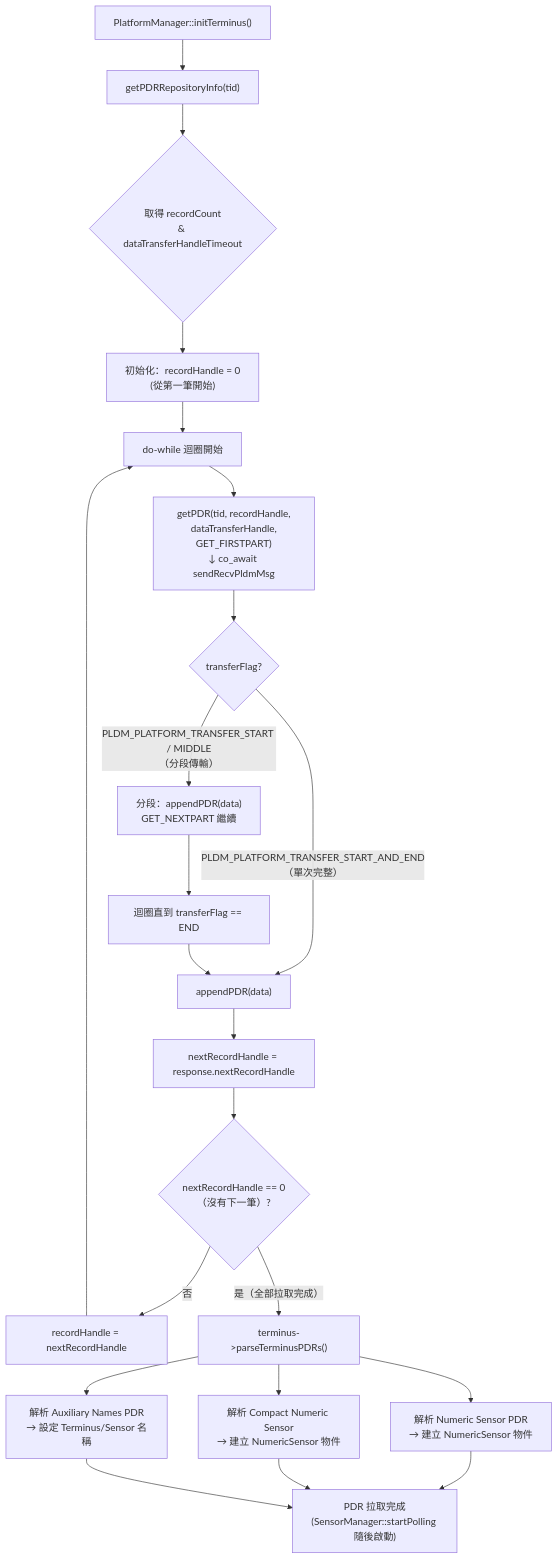
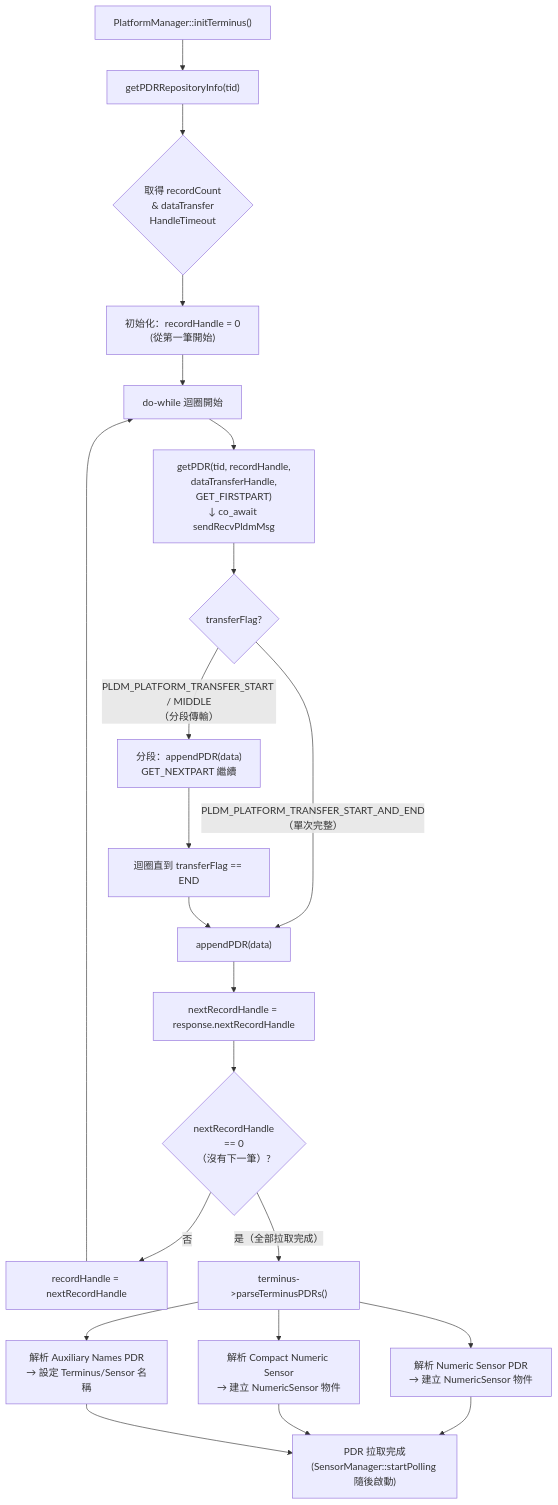
Before and after one commit to chilung-cgu/bmc-firmware-knowledge-base: the second of 2 diagrams in pldm/PDRImplementation.md, drawn with Mermaid. The commit also changed 18 other files, not shown here.

First line of the commit message:
docs(pldm): 批量優化 Mermaid 流程圖排版解決文字截斷問題

````diff
--- a/pldm/PDRImplementation.md
+++ b/pldm/PDRImplementation.md
@@ -125,26 +125,26 @@
 ```mermaid
 flowchart TD
     A["PlatformManager::initTerminus()"] --> B["getPDRRepositoryInfo(tid)"]
-    B --> C{"取得 recordCount\n& dataTransferHandleTimeout"}
-    C --> D["初始化：recordHandle = 0\n(從第一筆開始)"]
+    B --> C{"取得 recordCount<br>& dataTransfer<br>HandleTimeout"}
+    C --> D["初始化：recordHandle = 0<br>(從第一筆開始)"]
     D --> E["do-while 迴圈開始"]
 
-    E --> F["getPDR(tid, recordHandle,\n dataTransferHandle, GET_FIRSTPART)\n↓ co_await sendRecvPldmMsg"]
+    E --> F["getPDR(tid, recordHandle,<br> dataTransferHandle, GET_FIRSTPART)<br>↓ co_await sendRecvPldmMsg"]
     F --> G{"transferFlag?"}
 
-    G -->|"PLDM_PLATFORM_TRANSFER_START_AND_END\n（單次完整）"| H["appendPDR(data)"]
-    G -->|"PLDM_PLATFORM_TRANSFER_START / MIDDLE\n（分段傳輸）"| I["分段：appendPDR(data)\nGET_NEXTPART 繼續"]
+    G -->|"PLDM_PLATFORM_TRANSFER_START_AND_END<br>（單次完整）"| H["appendPDR(data)"]
+    G -->|"PLDM_PLATFORM_TRANSFER_START / MIDDLE<br>（分段傳輸）"| I["分段：appendPDR(data)<br>GET_NEXTPART 繼續"]
     I --> J["迴圈直到 transferFlag == END"]
     J --> H
 
     H --> K["nextRecordHandle = response.nextRecordHandle"]
-    K --> L{"nextRecordHandle == 0\n（沒有下一筆）?"}
+    K --> L{"nextRecordHandle<br>== 0<br>（沒有下一筆）?"}
     L -->|"否"| M["recordHandle = nextRecordHandle"]
     M --> E
     L -->|"是（全部拉取完成）"| N["terminus->parseTerminusPDRs()"]
 
-    N --> N1["解析 Numeric Sensor PDR\n→ 建立 NumericSensor 物件"]
-    N --> N2["解析 Compact Numeric Sensor\n→ 建立 NumericSensor 物件"]
-    N --> N3["解析 Auxiliary Names PDR\n→ 設定 Terminus/Sensor 名稱"]
-    N1 & N2 & N3 --> O["PDR 拉取完成\n(SensorManager::startPolling 隨後啟動)"]
+    N --> N1["解析 Numeric Sensor PDR<br>→ 建立 NumericSensor 物件"]
+    N --> N2["解析 Compact Numeric Sensor<br>→ 建立 NumericSensor 物件"]
+    N --> N3["解析 Auxiliary Names PDR<br>→ 設定 Terminus/Sensor 名稱"]
+    N1 & N2 & N3 --> O["PDR 拉取完成<br>(SensorManager::startPolling 隨後啟動)"]
 ```
````
